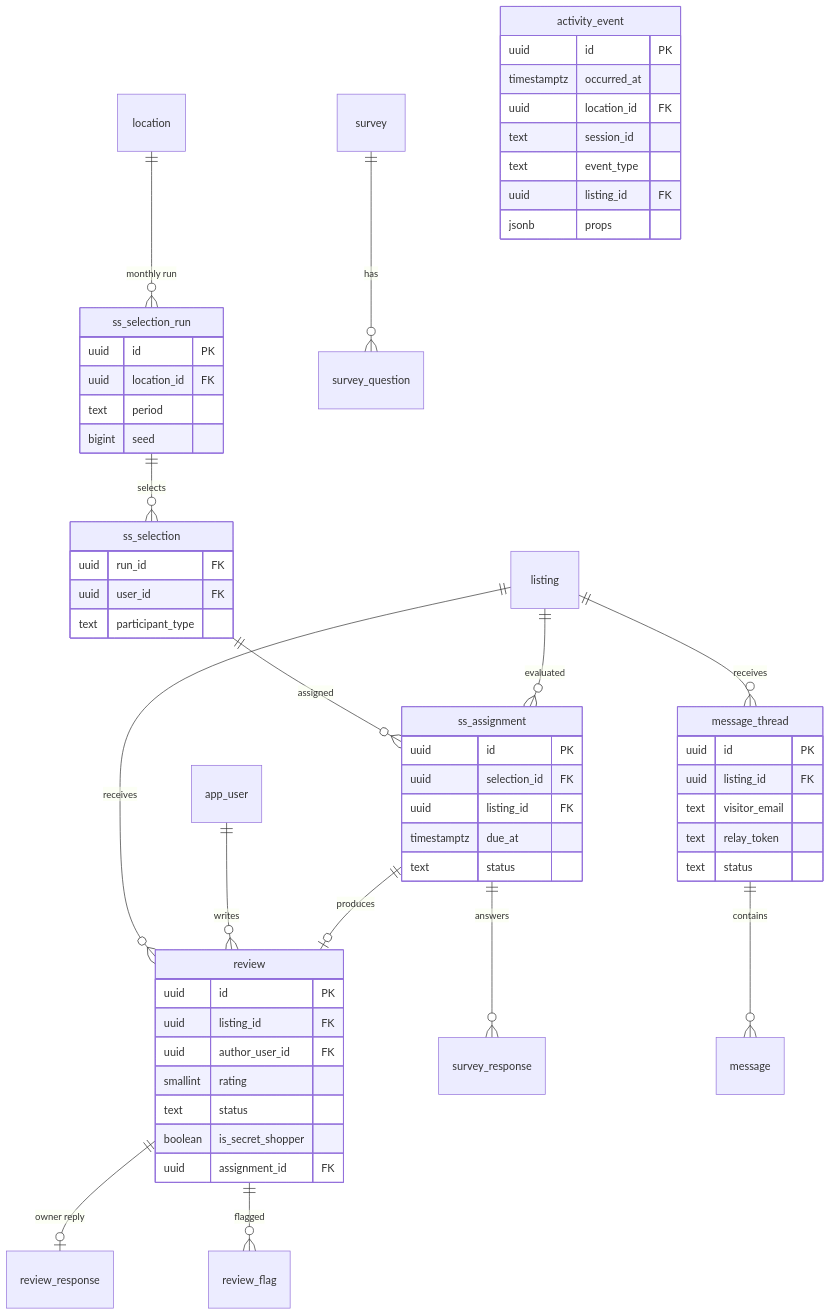
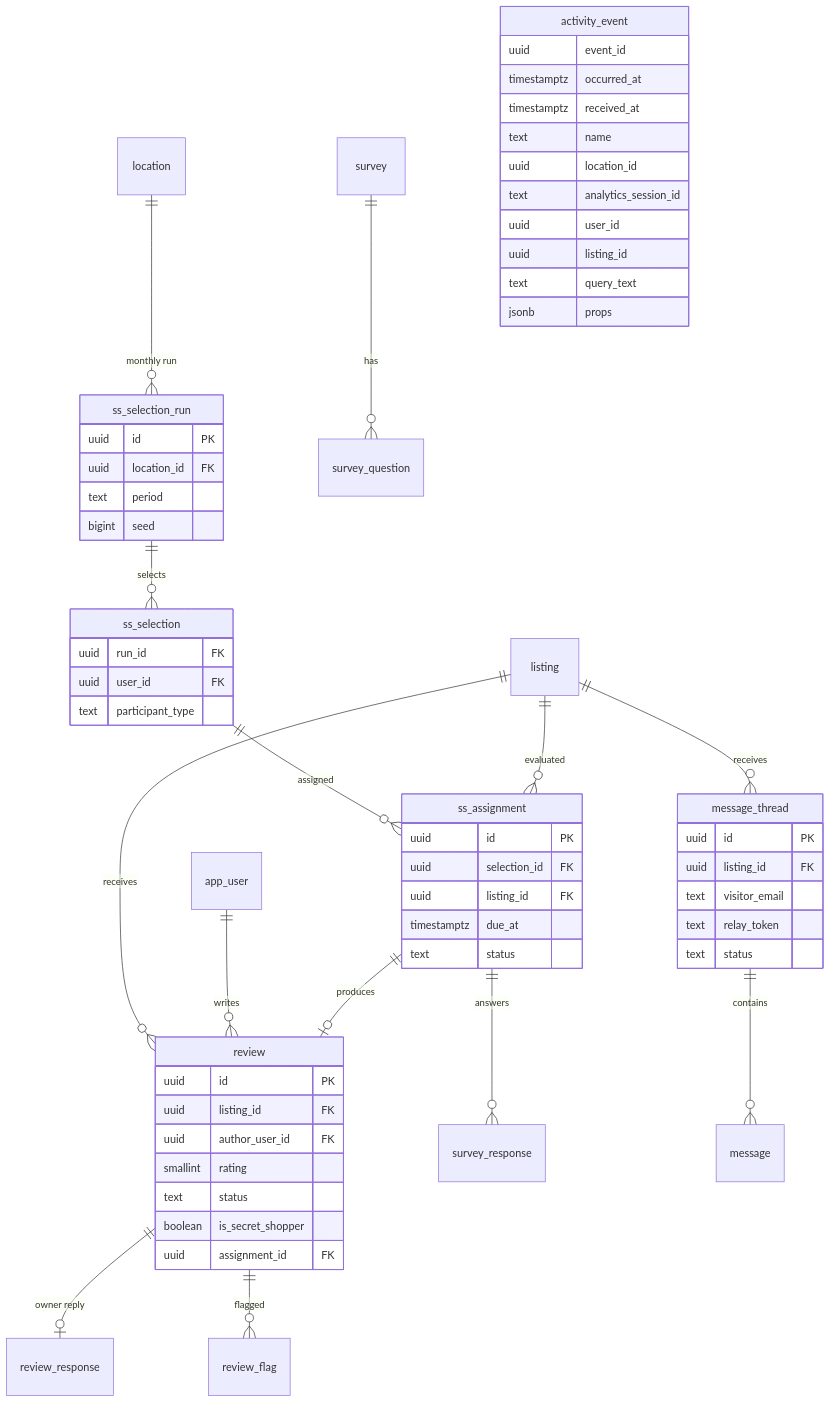
One commit to Rohanb1836/directory-app-infra-rohan changed the seventh of 15 diagrams in docs/architecture/system-overview.md. Above: the diagram before and after it, drawn with Mermaid. The commit also changed other lines of this file and 17 other files, not shown here.

````diff
--- a/docs/architecture/system-overview.md
+++ b/docs/architecture/system-overview.md
@@ -484,60 +497,63 @@
 ```mermaid
 erDiagram
     listing ||--o{ review : receives
     app_user ||--o{ review : writes
     review ||--o| review_response : "owner reply"
     review ||--o{ review_flag : flagged
     location ||--o{ ss_selection_run : "monthly run"
     ss_selection_run ||--o{ ss_selection : selects
     ss_selection ||--o{ ss_assignment : assigned
     listing ||--o{ ss_assignment : evaluated
     ss_assignment ||--o| review : "produces"
     survey ||--o{ survey_question : has
     ss_assignment ||--o{ survey_response : answers
     listing ||--o{ message_thread : receives
     message_thread ||--o{ message : contains
 
     review {
         uuid id PK
         uuid listing_id FK
         uuid author_user_id FK
         smallint rating
         text status
         boolean is_secret_shopper
         uuid assignment_id FK
     }
     ss_selection_run {
         uuid id PK
         uuid location_id FK
         text period
         bigint seed
     }
     ss_selection {
         uuid run_id FK
         uuid user_id FK
         text participant_type
     }
     ss_assignment {
         uuid id PK
         uuid selection_id FK
         uuid listing_id FK
         timestamptz due_at
         text status
     }
     message_thread {
         uuid id PK
         uuid listing_id FK
         text visitor_email
         text relay_token
         text status
     }
     activity_event {
-        uuid id PK
+        uuid event_id
         timestamptz occurred_at
-        uuid location_id FK
-        text session_id
-        text event_type
-        uuid listing_id FK
+        timestamptz received_at
+        text name
+        uuid location_id
+        text analytics_session_id
+        uuid user_id
+        uuid listing_id
+        text query_text
         jsonb props
     }
 ```
````
